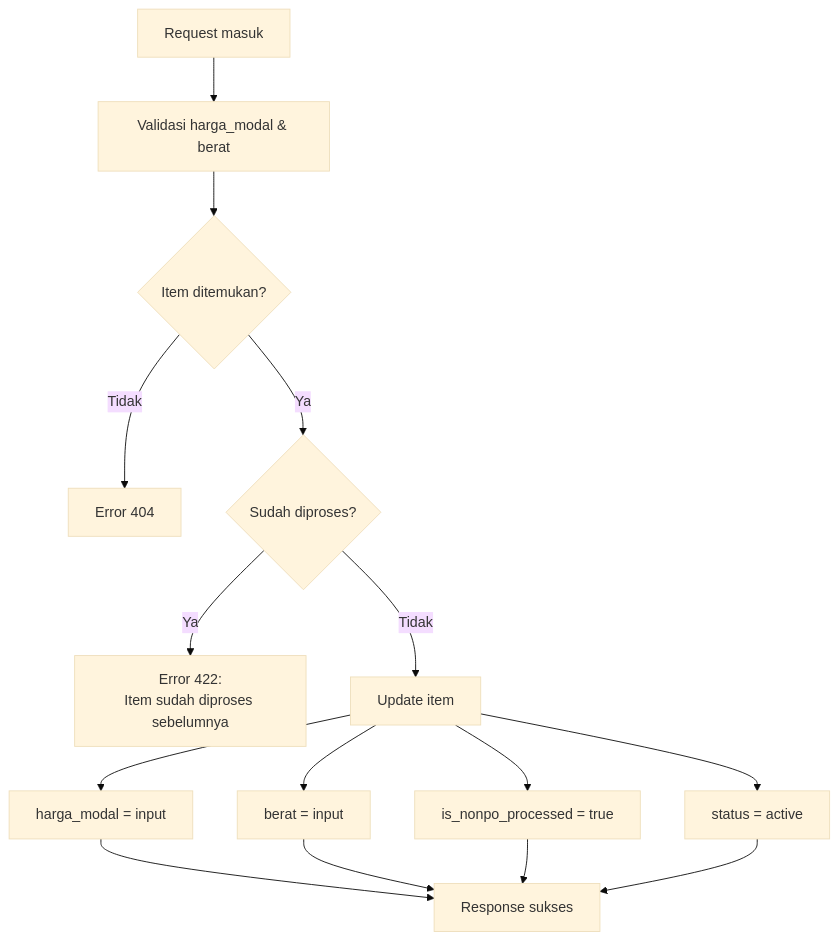
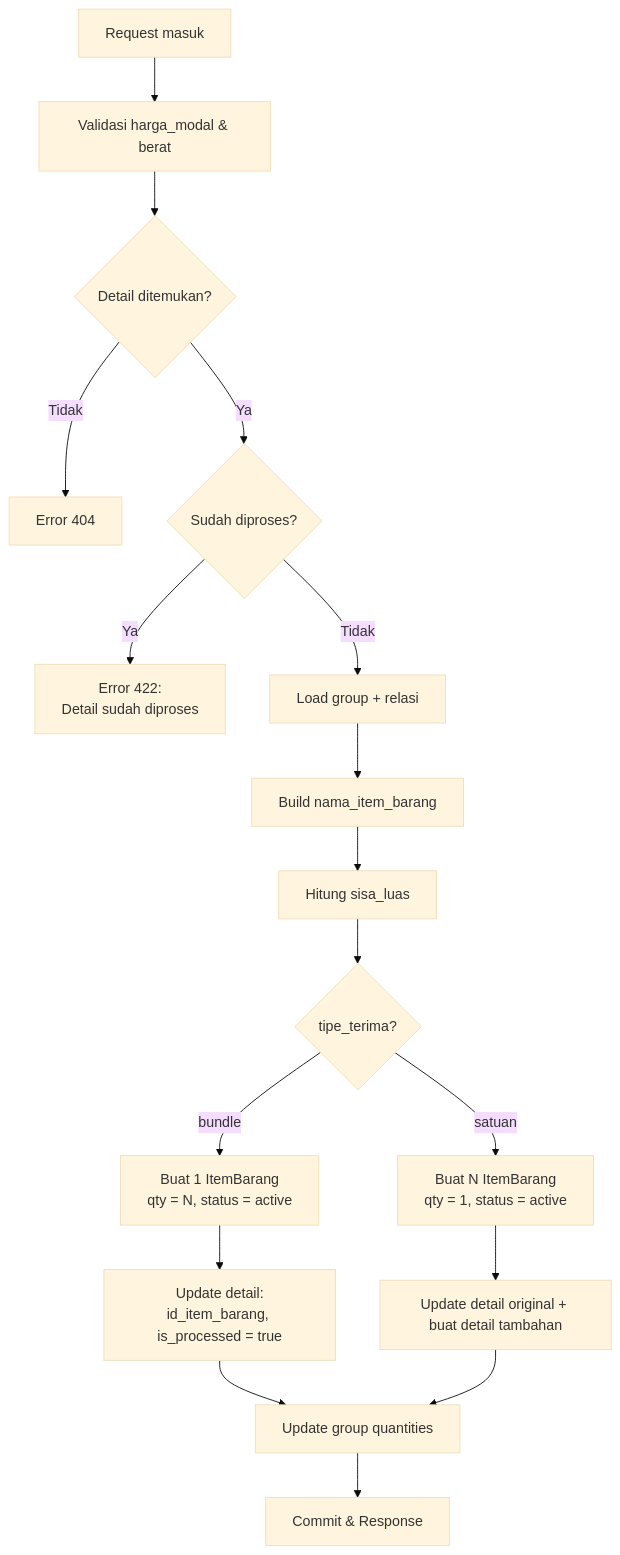
Before and after one commit to Randykhengdy/SHN-FE: the second of 3 diagrams in docs/penerimaanbarang_nonpo.md, drawn with Mermaid (base theme). The commit also changed other lines of this file and 2 other files, not shown here.

Commit message:
temp terima barang non po approval

````diff
--- a/docs/penerimaanbarang_nonpo.md
+++ b/docs/penerimaanbarang_nonpo.md
@@ -235,14 +240,19 @@
 ```mermaid
 flowchart TD
     A[Request masuk] --> B[Validasi harga_modal & berat]
-    B --> C{Item ditemukan?}
+    B --> C{Detail ditemukan?}
     C -->|Tidak| D[Error 404]
     C -->|Ya| E{Sudah diproses?}
-    E -->|Ya| F[Error 422:<br/>Item sudah diproses sebelumnya]
-    E -->|Tidak| G[Update item]
-    G --> H[harga_modal = input]
-    G --> I[berat = input]
-    G --> J[is_nonpo_processed = true]
-    G --> K[status = active]
-    H & I & J & K --> L[Response sukses]
+    E -->|Ya| F["Error 422:<br/>Detail sudah diproses"]
+    E -->|Tidak| G[Load group + relasi]
+    G --> H[Build nama_item_barang]
+    H --> I[Hitung sisa_luas]
+    I --> J{tipe_terima?}
+    J -->|bundle| K[Buat 1 ItemBarang<br/>qty = N, status = active]
+    J -->|satuan| L[Buat N ItemBarang<br/>qty = 1, status = active]
+    K --> M[Update detail:<br/>id_item_barang, is_processed = true]
+    L --> N["Update detail original + buat detail tambahan"]
+    M --> O[Update group quantities]
+    N --> O
+    O --> P[Commit & Response]
 ```
````
